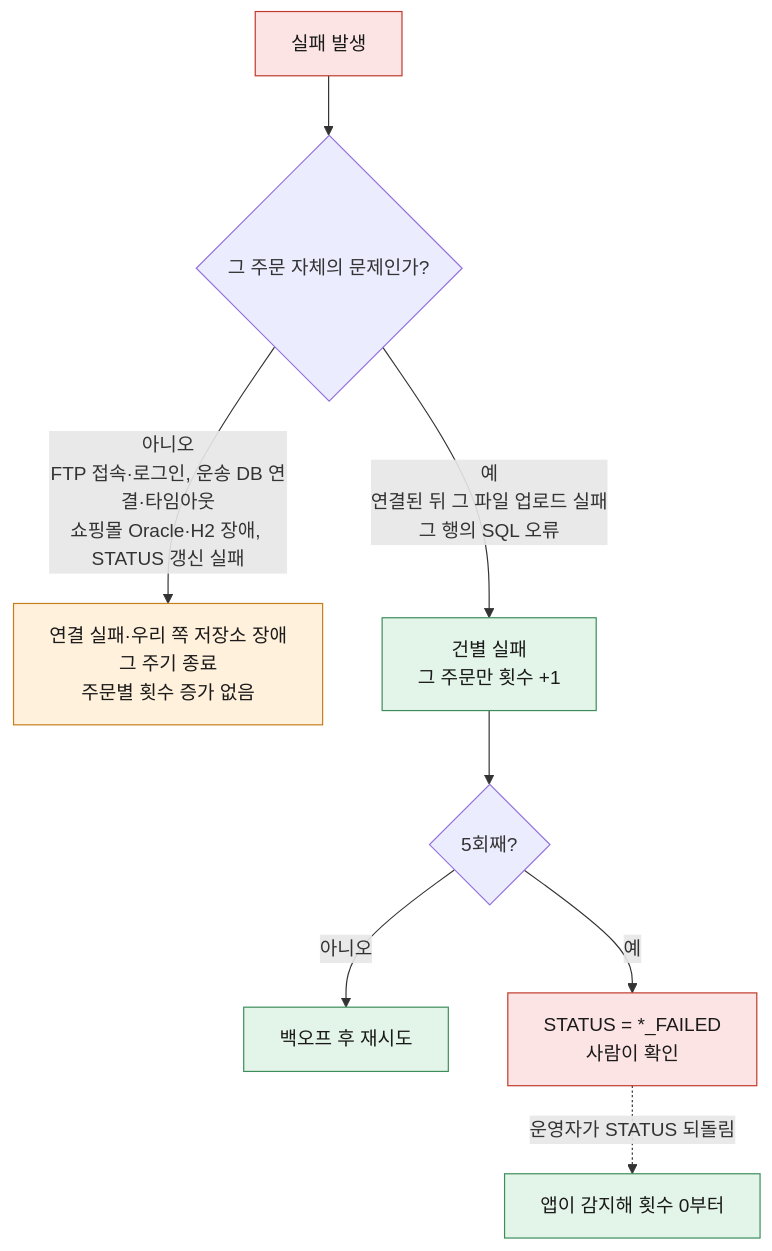
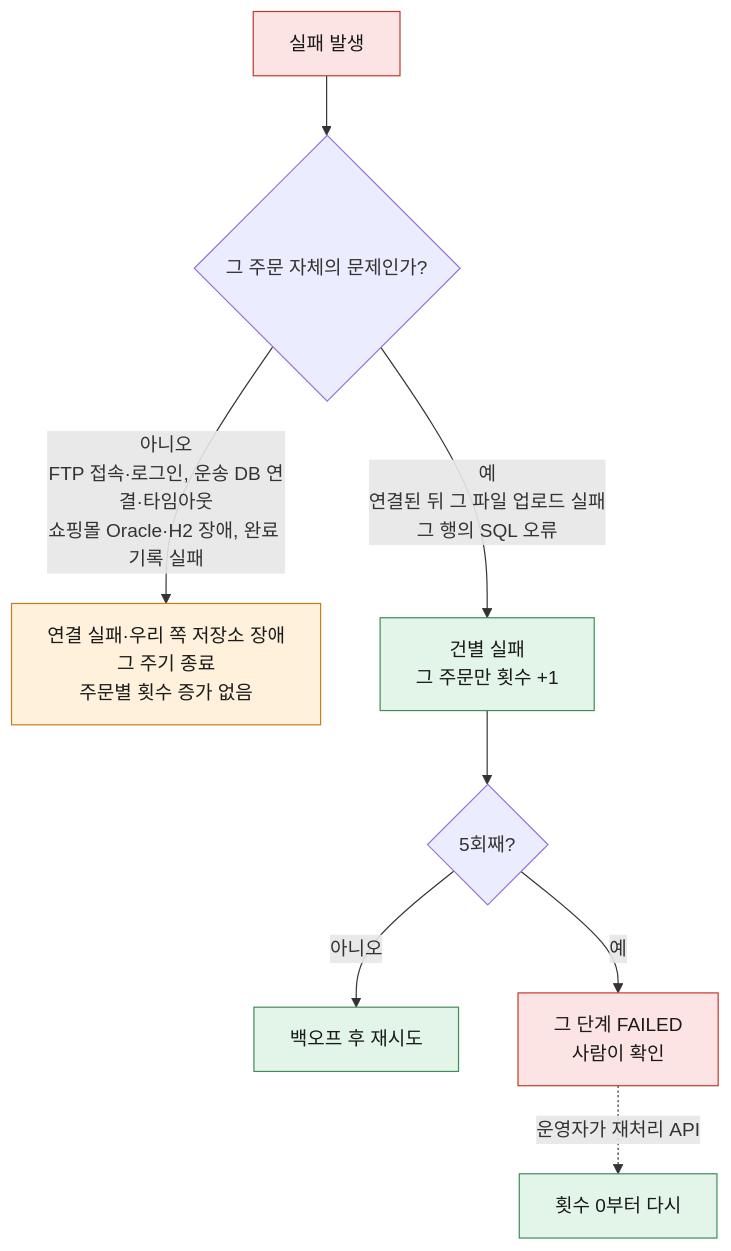
Diagram 18 of 21 in docs/design.md (milkkwong2/inspien-assignment), drawn with Mermaid before and after one commit. The commit also changed other lines of this file and 2 other files, not shown here.

First line of the commit message:
docs: STATUS N/Y 재설계와 공통 시각 필드 (D-26, D-27)

````diff
--- a/docs/design.md
+++ b/docs/design.md
@@ -892,14 +981,14 @@
 ```mermaid
 flowchart TD
     E[실패 발생]:::fail --> C{그 주문 자체의 문제인가?}
-    C -- "아니오<br/>FTP 접속·로그인, 운송 DB 연결·타임아웃<br/>쇼핑몰 Oracle·H2 장애, STATUS 갱신 실패" --> CS[연결 실패·우리 쪽 저장소 장애<br/>그 주기 종료<br/>주문별 횟수 증가 없음]:::store
+    C -- "아니오<br/>FTP 접속·로그인, 운송 DB 연결·타임아웃<br/>쇼핑몰 Oracle·H2 장애, 완료 기록 실패" --> CS[연결 실패·우리 쪽 저장소 장애<br/>그 주기 종료<br/>주문별 횟수 증가 없음]:::store
     C -- "예<br/>연결된 뒤 그 파일 업로드 실패<br/>그 행의 SQL 오류" --> OS[건별 실패<br/>그 주문만 횟수 +1]:::app
     OS --> N{5회째?}
     N -- 아니오 --> B[백오프 후 재시도]:::app
-    N -- 예 --> FL[STATUS = *_FAILED<br/>사람이 확인]:::fail
-    FL -. 운영자가 STATUS 되돌림 .-> R[앱이 감지해 횟수 0부터]:::app
+    N -- 예 --> FL[그 단계 FAILED<br/>사람이 확인]:::fail
+    FL -. 운영자가 재처리 API .-> R[횟수 0부터 다시]:::app
 
     classDef app fill:#e3f4e8,stroke:#3c8d5a,color:#1a1a1a
     classDef store fill:#fff1dc,stroke:#c77d1a,color:#1a1a1a
     classDef fail fill:#fde4e4,stroke:#c0392b,color:#1a1a1a
 ```
````
